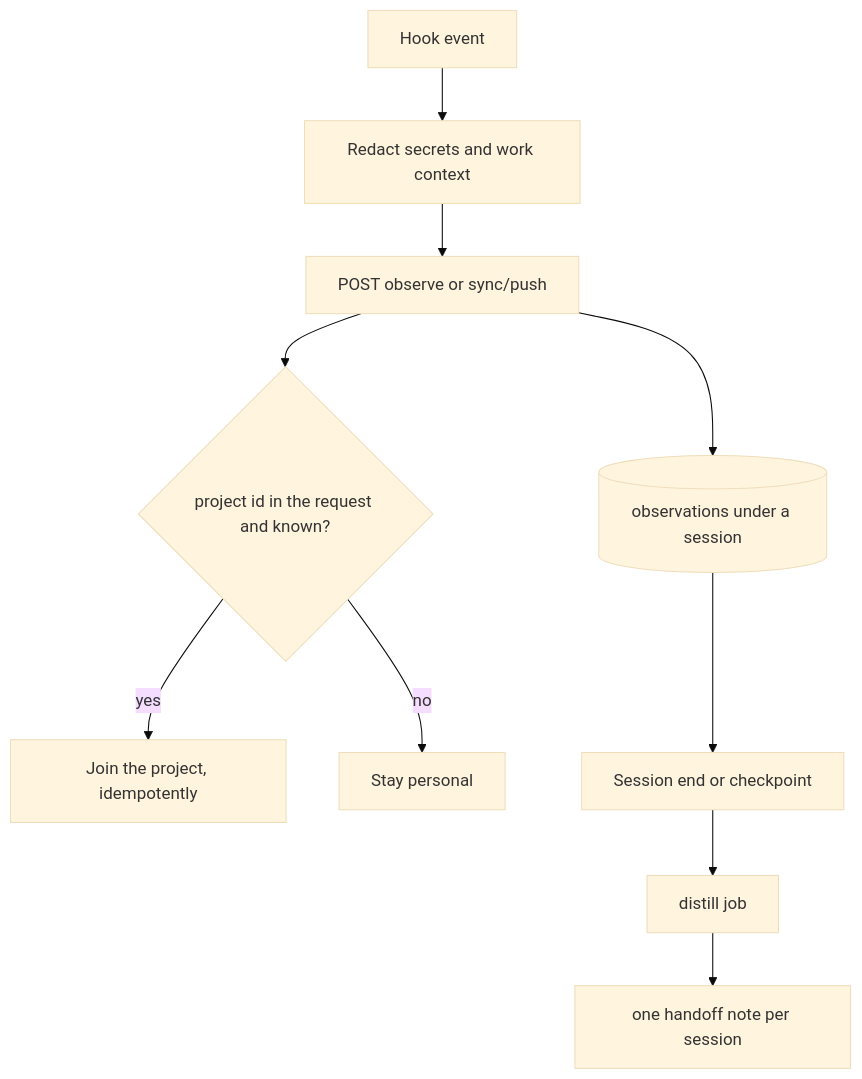
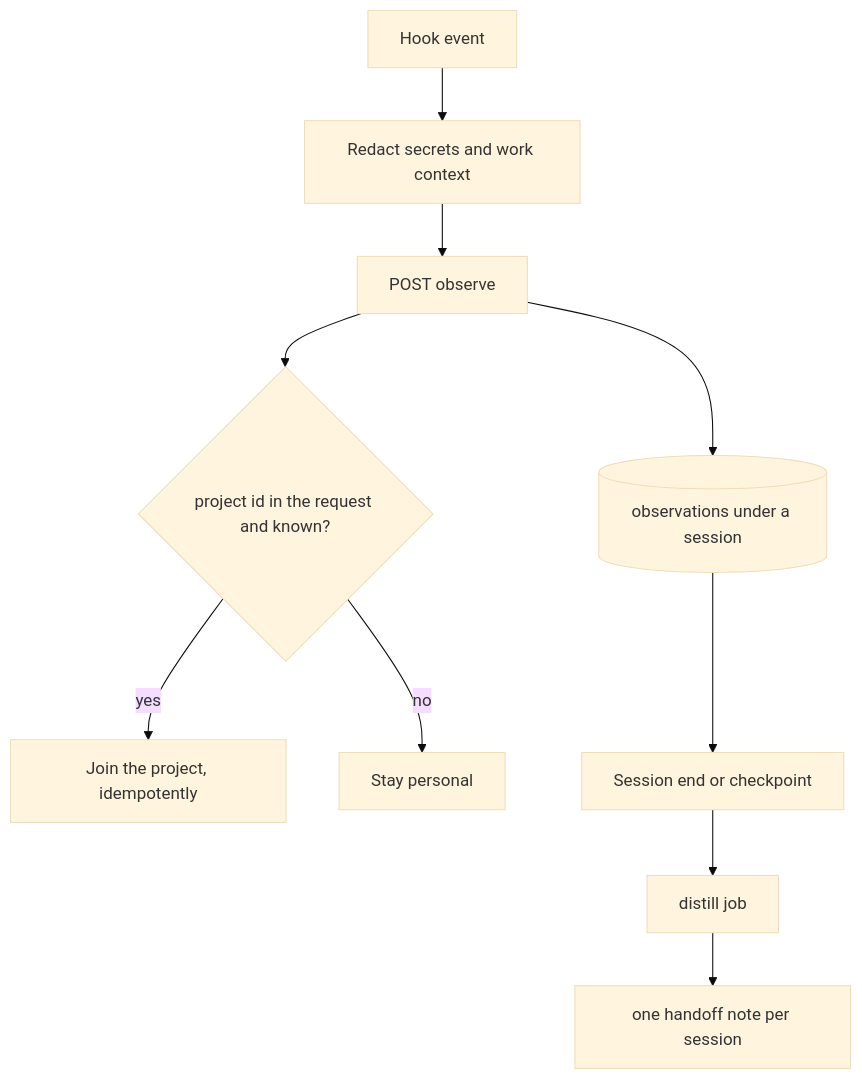
One commit to cunilab/cairn-memory changed the second of 4 diagrams in docs/data-flow.md. Above: the diagram before and after it, drawn with Mermaid (base theme). The commit also changed 49 other files, not shown here.

````diff
--- a/docs/data-flow.md
+++ b/docs/data-flow.md
@@ -33,12 +33,12 @@
 ```mermaid
 flowchart TD
     Hook[Hook event] --> Redact[Redact secrets and work context]
-    Redact --> Post[POST observe or sync/push]
+    Redact --> Post[POST observe]
     Post --> Obs[(observations under a session)]
     Post --> Attach{project id in the request and known?}
     Attach -->|yes| Join[Join the project, idempotently]
     Attach -->|no| Personal[Stay personal]
     Obs --> End[Session end or checkpoint]
     End --> Job[distill job]
     Job --> Handoff[one handoff note per session]
 ```
````
